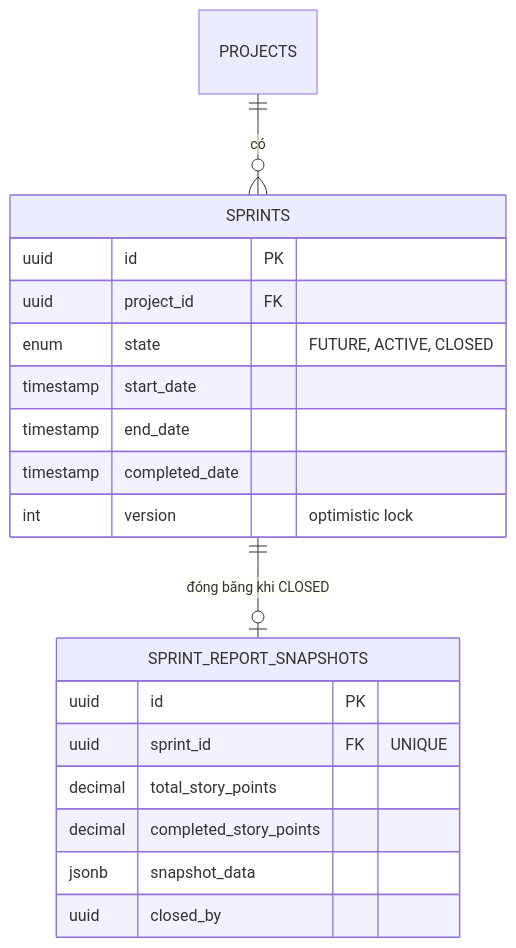
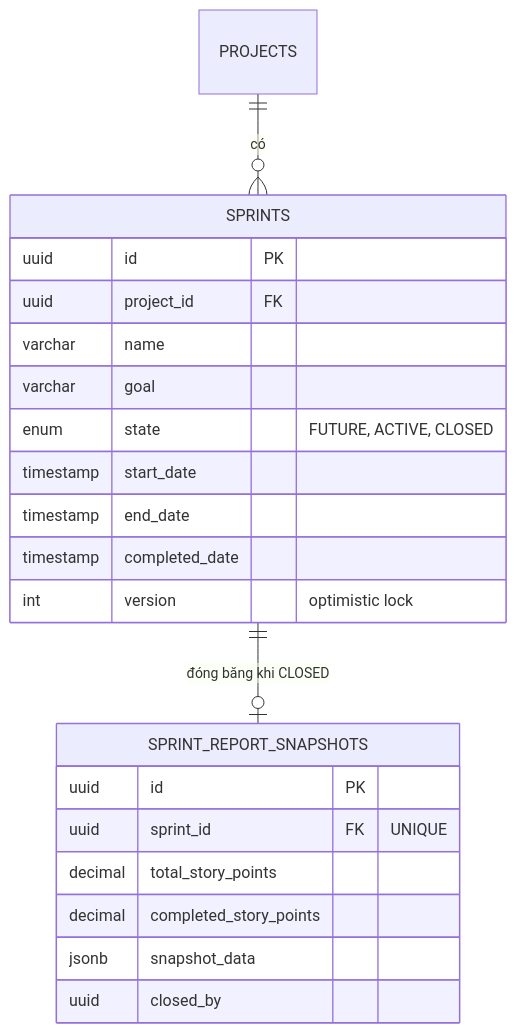
Before and after one commit to Hecker-Chuoi/DATN-2026: diagram 13 of 22 in formal_doc/01_QUAN_HE_THUC_THE.md, drawn with Mermaid. The commit also changed other lines of this file and 60 other files, not shown here.

````diff
--- a/formal_doc/01_QUAN_HE_THUC_THE.md
+++ b/formal_doc/01_QUAN_HE_THUC_THE.md
@@ -352,22 +385,24 @@
 ```mermaid
 erDiagram
     PROJECTS ||--o{ SPRINTS : "có"
     SPRINTS ||--o| SPRINT_REPORT_SNAPSHOTS : "đóng băng khi CLOSED"
     SPRINTS {
         uuid id PK
         uuid project_id FK
+        varchar name
+        varchar goal
         enum state "FUTURE, ACTIVE, CLOSED"
         timestamp start_date
         timestamp end_date
         timestamp completed_date
         int version "optimistic lock"
     }
     SPRINT_REPORT_SNAPSHOTS {
         uuid id PK
         uuid sprint_id FK "UNIQUE"
         decimal total_story_points
         decimal completed_story_points
         jsonb snapshot_data
         uuid closed_by
     }
 ```
````
